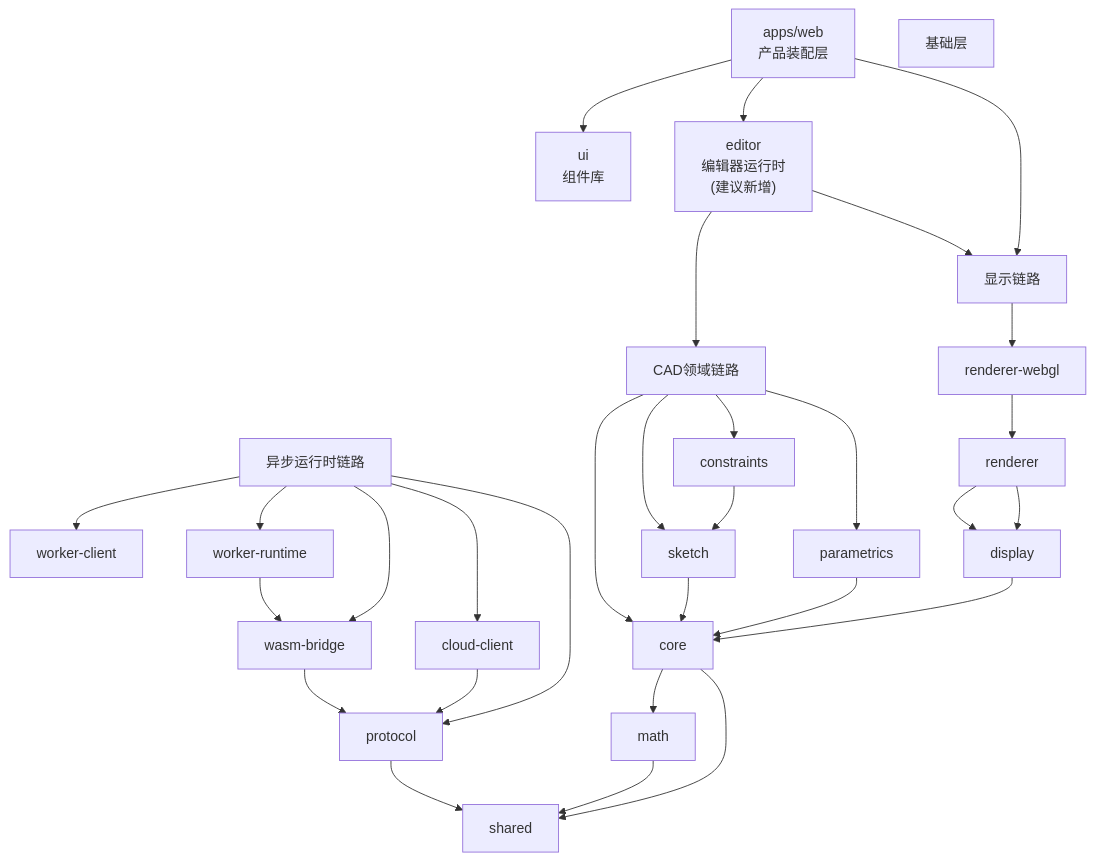
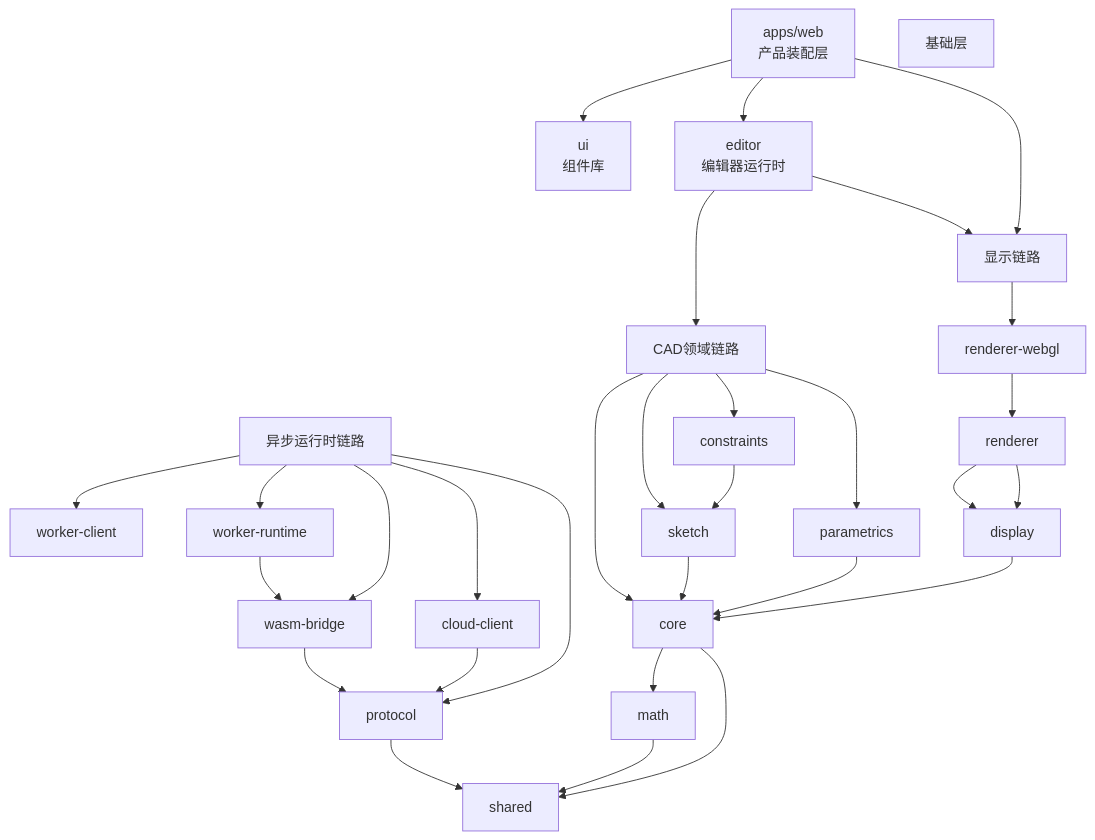
Before and after one commit to genewanggang-sudo/occt-draw-web: the second of 3 diagrams in docs/架构设计.md, drawn with Mermaid. The commit also changed other lines of this file and 54 other files, not shown here.

````diff
--- a/docs/架构设计.md
+++ b/docs/架构设计.md
@@ -48,49 +48,49 @@
 ```mermaid
 flowchart TB
   App["apps/web<br/>产品装配层"]
 
-  Editor["editor<br/>编辑器运行时<br/>(建议新增)"]
+  Editor["editor<br/>编辑器运行时"]
   UI["ui<br/>组件库"]
 
   View["显示链路"]
   Domain["CAD领域链路"]
   Runtime["异步运行时链路"]
   Base["基础层"]
 
   App --> UI
   App --> Editor
   App --> View
 
   Editor --> Domain
   Editor --> View
 
   View --> RendererWebgl["renderer-webgl"]
   RendererWebgl --> Renderer["renderer"]
   Renderer --> Display["display"]
 
   Domain --> Core["core"]
   Domain --> Sketch["sketch"]
   Domain --> Constraints["constraints"]
   Domain --> Parametrics["parametrics"]
 
   Runtime --> WorkerClient["worker-client"]
   Runtime --> WorkerRuntime["worker-runtime"]
   Runtime --> Wasm["wasm-bridge"]
   Runtime --> Cloud["cloud-client"]
   Runtime --> Protocol["protocol"]
 
   Core --> Math["math"]
   Sketch --> Core
   Constraints --> Sketch
   Parametrics --> Core
 
   Display --> Core
   Renderer --> Display
   WorkerRuntime --> Wasm
   Wasm --> Protocol
   Cloud --> Protocol
 
   Math --> Shared["shared"]
   Protocol --> Shared
   Core --> Shared
 ```
````
